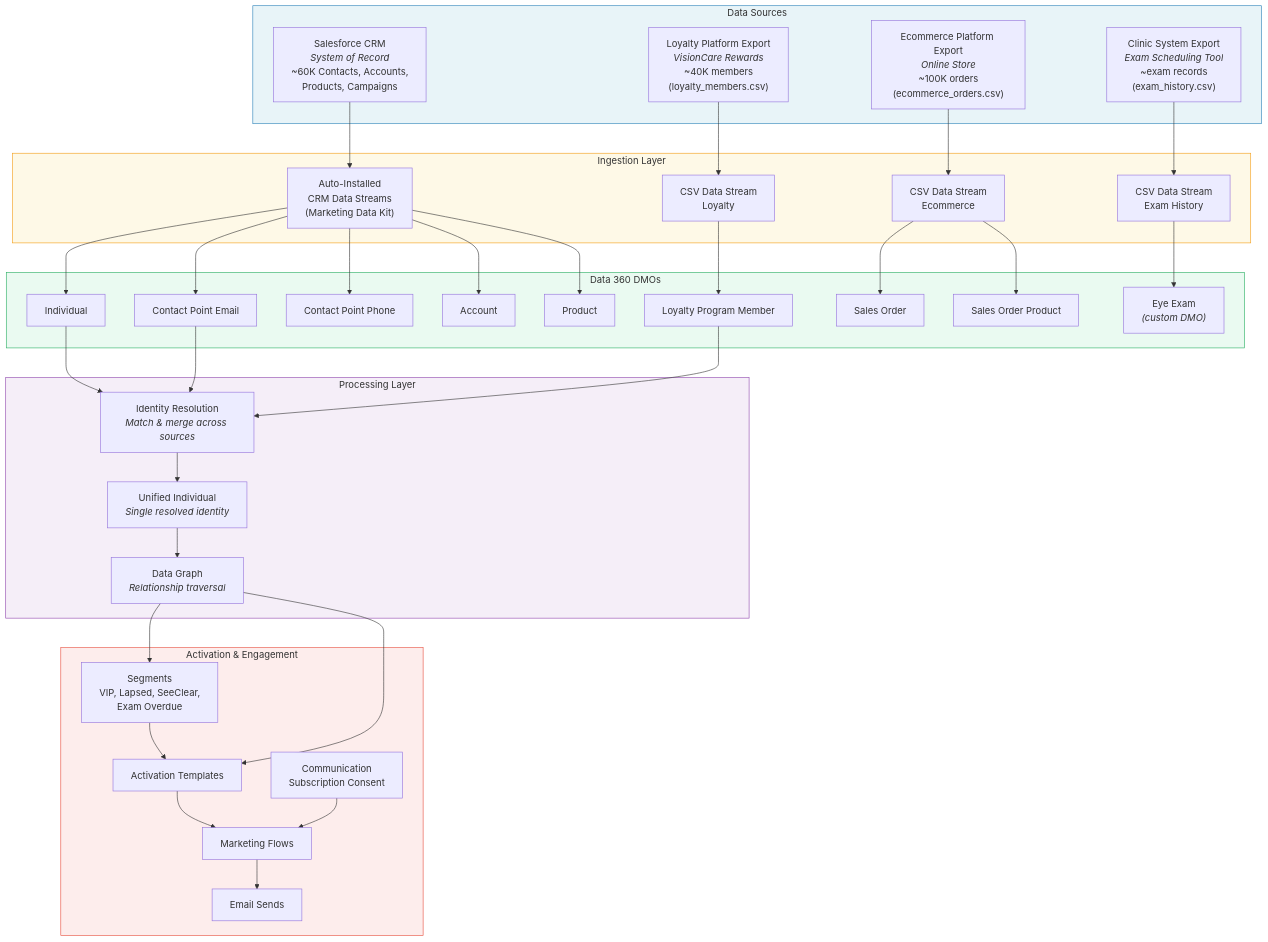
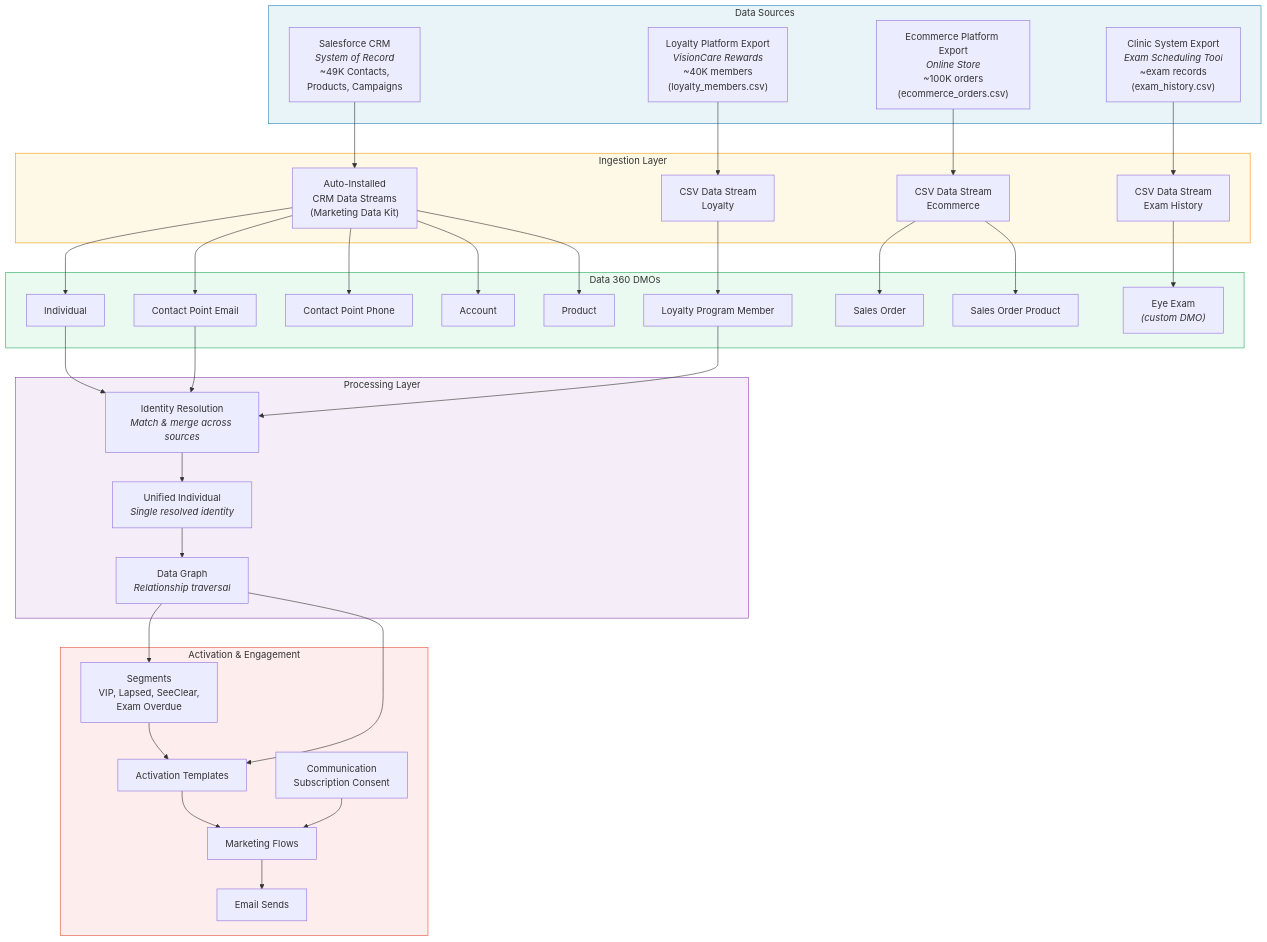
The second of 3 diagrams in .planning/specs/data-model.md (bbrookslistengage/mcoc-enablement), drawn with Mermaid before and after one commit. The commit also changed other lines of this file and 18 other files, not shown here.

````diff
--- a/.planning/specs/data-model.md
+++ b/.planning/specs/data-model.md
@@ -107,66 +107,66 @@
 ```mermaid
 flowchart TB
     subgraph sources ["Data Sources"]
-        CRM["Salesforce CRM<br/><i>System of Record</i><br/>~60K Contacts, Accounts,<br/>Products, Campaigns"]
+        CRM["Salesforce CRM<br/><i>System of Record</i><br/>~49K Contacts,<br/>Products, Campaigns"]
         LOYALTY["Loyalty Platform Export<br/><i>VisionCare Rewards</i><br/>~40K members<br/>(loyalty_members.csv)"]
         ECOMM["Ecommerce Platform Export<br/><i>Online Store</i><br/>~100K orders<br/>(ecommerce_orders.csv)"]
         EXAMS["Clinic System Export<br/><i>Exam Scheduling Tool</i><br/>~exam records<br/>(exam_history.csv)"]
     end
 
     subgraph ingestion ["Ingestion Layer"]
         AUTO["Auto-Installed<br/>CRM Data Streams<br/>(Marketing Data Kit)"]
         CSV1["CSV Data Stream<br/>Loyalty"]
         CSV2["CSV Data Stream<br/>Ecommerce"]
         CSV3["CSV Data Stream<br/>Exam History"]
     end
 
     subgraph dmos ["Data 360 DMOs"]
         IND["Individual"]
         CPE["Contact Point Email"]
         CPP["Contact Point Phone"]
         ACCT["Account"]
         LPM["Loyalty Program Member"]
         SO["Sales Order"]
         SOP["Sales Order Product"]
         PROD["Product"]
         EXAM["Eye Exam<br/><i>(custom DMO)</i>"]
     end
 
     subgraph processing ["Processing Layer"]
         IDR["Identity Resolution<br/><i>Match & merge across sources</i>"]
         UI["Unified Individual<br/><i>Single resolved identity</i>"]
         DG["Data Graph<br/><i>Relationship traversal</i>"]
     end
 
     subgraph activation ["Activation & Engagement"]
         SEG["Segments<br/>VIP, Lapsed, SeeClear,<br/>Exam Overdue"]
         AT["Activation Templates"]
         CONSENT["Communication<br/>Subscription Consent"]
         FLOWS["Marketing Flows"]
         EMAIL["Email Sends"]
     end
 
     CRM --> AUTO
     LOYALTY --> CSV1
     ECOMM --> CSV2
     EXAMS --> CSV3
 
     AUTO --> IND & CPE & CPP & ACCT & PROD
     CSV1 --> LPM
     CSV2 --> SO & SOP
     CSV3 --> EXAM
 
     IND & CPE & LPM --> IDR
     IDR --> UI
     UI --> DG
     DG --> SEG & AT
 
     CONSENT --> FLOWS
     SEG --> AT --> FLOWS --> EMAIL
 
     style sources fill:#e8f4f8,stroke:#2980b9
     style ingestion fill:#fef9e7,stroke:#f39c12
     style dmos fill:#eafaf1,stroke:#27ae60
     style processing fill:#f5eef8,stroke:#8e44ad
     style activation fill:#fdedec,stroke:#e74c3c
 ```
````
